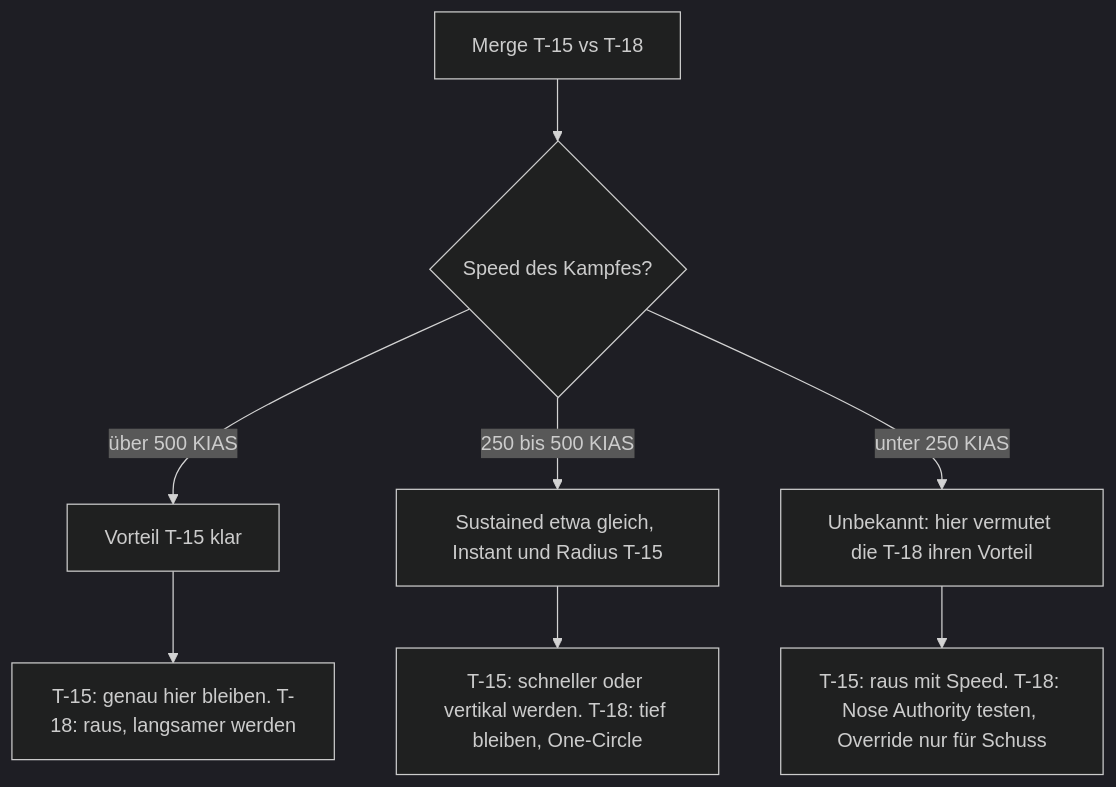
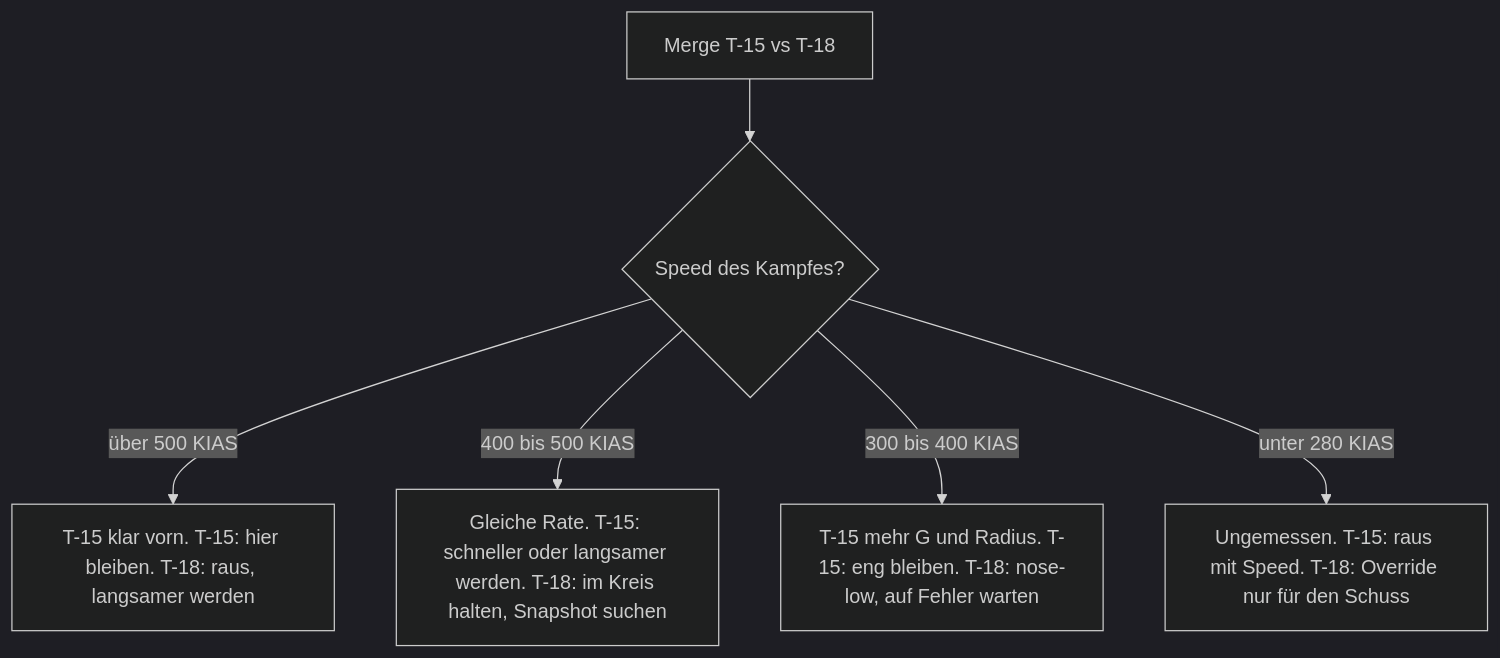
The diagram in docs/flugzeuge/matchups/t15-vs-t18.md (lukaio3D/VFM_Wiki), drawn with Mermaid (dark theme) before and after one commit. The commit also changed other lines of this file and 39 other files, not shown here.

First line of the commit message:
docs: Wiki von Grund auf aufgeräumt und gestrafft

````diff
--- a/docs/flugzeuge/matchups/t15-vs-t18.md
+++ b/docs/flugzeuge/matchups/t15-vs-t18.md
@@ -119,10 +82,8 @@
 ```mermaid
 flowchart TD
     A[Merge T-15 vs T-18] --> B{Speed des Kampfes?}
-    B -->|über 500 KIAS| C[Vorteil T-15 klar]
-    B -->|250 bis 500 KIAS| D[Sustained etwa gleich, Instant und Radius T-15]
-    B -->|unter 250 KIAS| E[Unbekannt: hier vermutet die T-18 ihren Vorteil]
-    C --> F[T-15: genau hier bleiben. T-18: raus, langsamer werden]
-    D --> G[T-15: schneller oder vertikal werden. T-18: tief bleiben, One-Circle]
-    E --> H[T-15: raus mit Speed. T-18: Nose Authority testen, Override nur für Schuss]
+    B -->|über 500 KIAS| C[T-15 klar vorn. T-15: hier bleiben. T-18: raus, langsamer werden]
+    B -->|400 bis 500 KIAS| D[Gleiche Rate. T-15: schneller oder langsamer werden. T-18: im Kreis halten, Snapshot suchen]
+    B -->|300 bis 400 KIAS| E[T-15 mehr G und Radius. T-15: eng bleiben. T-18: nose-low, auf Fehler warten]
+    B -->|unter 280 KIAS| F[Ungemessen. T-15: raus mit Speed. T-18: Override nur für den Schuss]
 ```
````
